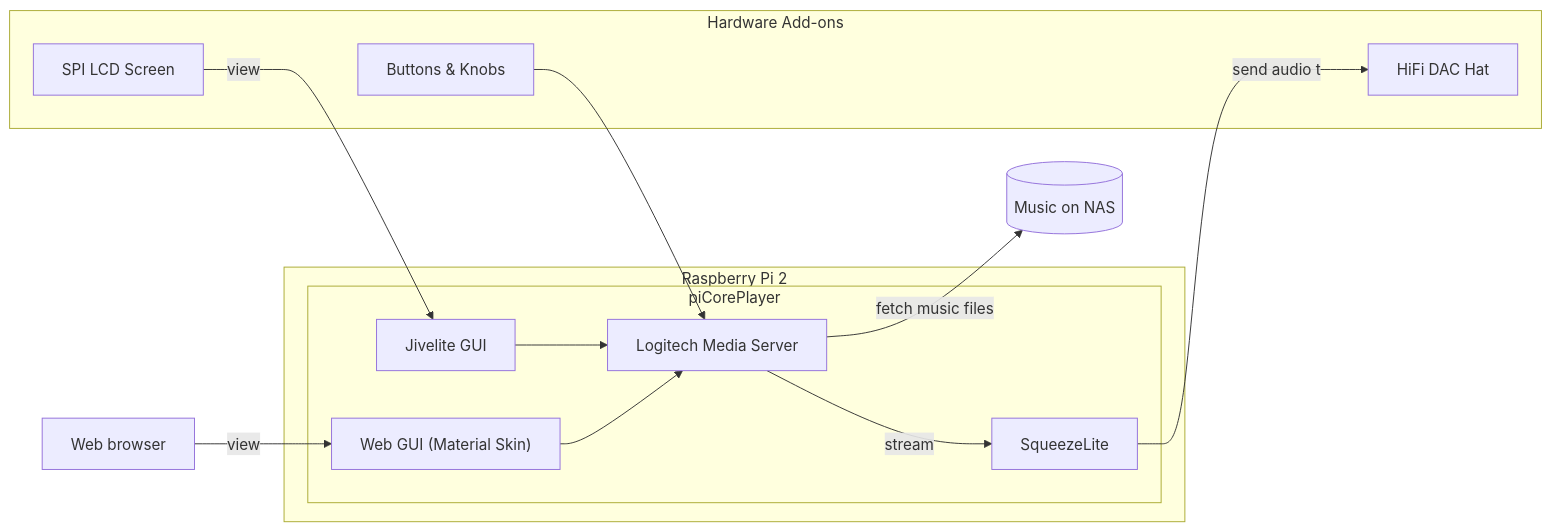
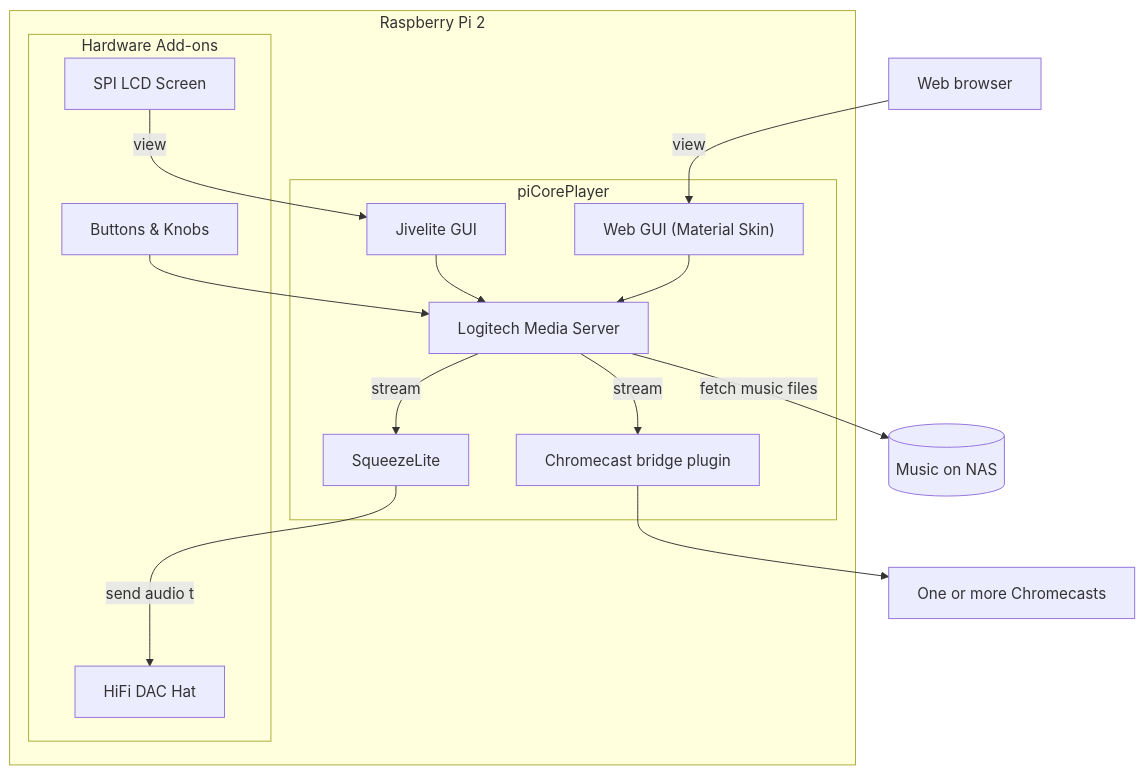
The diagram in projects/music_server.md (geksiong/gs-garden), drawn with Mermaid before and after one commit. The commit also changed other lines of this file, not shown here.

````diff
--- a/projects/music_server.md
+++ b/projects/music_server.md
@@ -31,28 +27,37 @@
 ```mermaid
-flowchart LR
+flowchart TB
   subgraph rpi["Raspberry Pi 2"]
+  
     subgraph picoreplayer["piCorePlayer"]
       squeezelite["SqueezeLite"]
       lms["Logitech Media Server"]
   
       jivelite["Jivelite GUI"] --> lms
       webgui["Web GUI (Material Skin)"] --> lms
       
       lms --stream--> squeezelite
+      
+      ccbridge["Chromecast bridge plugin"]
+      lms --stream--> ccbridge
     end
+    
+   subgraph hardware["Hardware Add-ons"]
+      controls["Buttons & Knobs"]
+      lcd["SPI LCD Screen"]
+      hifidac["HiFi DAC Hat"]
+    end
+
+    controls --> lms
+    squeezelite --send audio to--> hifidac
+    lcd --view--> jivelite
+
   end
   
   nas[("Music on NAS")]
   lms --fetch music files -->nas
 
-  subgraph hardware["Hardware Add-ons"]
-    controls["Buttons & Knobs"]
-    lcd["SPI LCD Screen"]
-    hifidac["HiFi DAC Hat"]
-  end
+  browser["Web browser"] --view--> webgui
   
-  controls --> lms
-  squeezelite --send audio to--> hifidac
-  lcd --view--> jivelite
-  browser["Web browser"] --view--> webgui
+  chromecast["One or more Chromecasts"]
+  ccbridge --> chromecast
 ```
````
